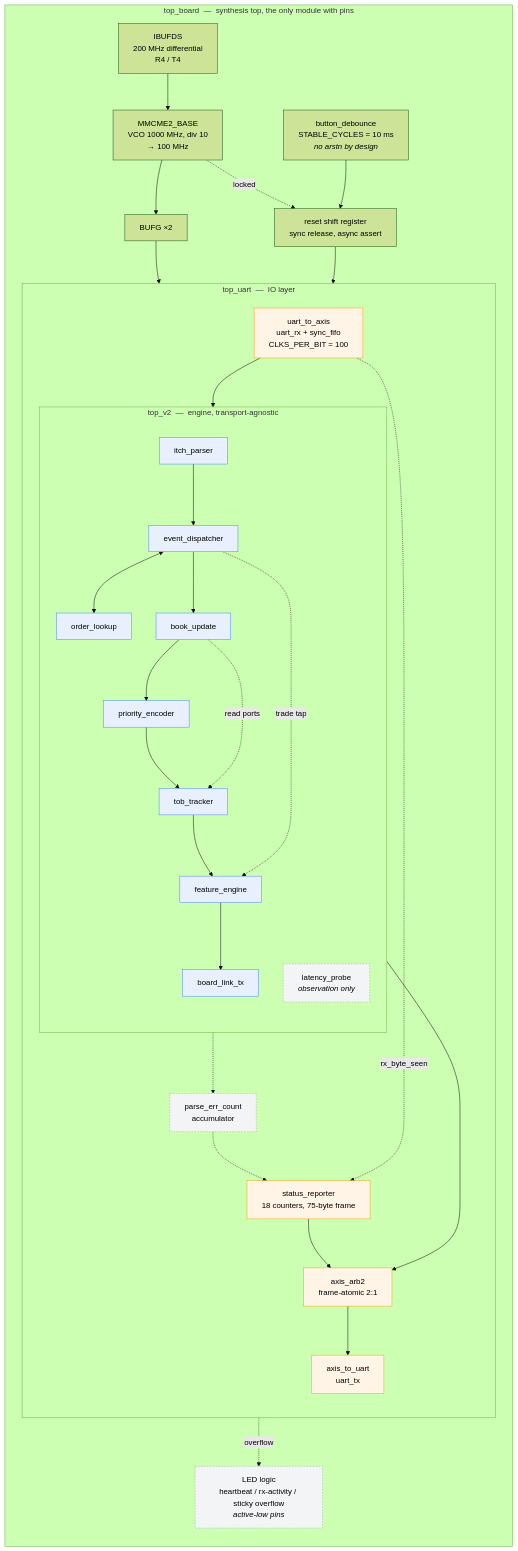
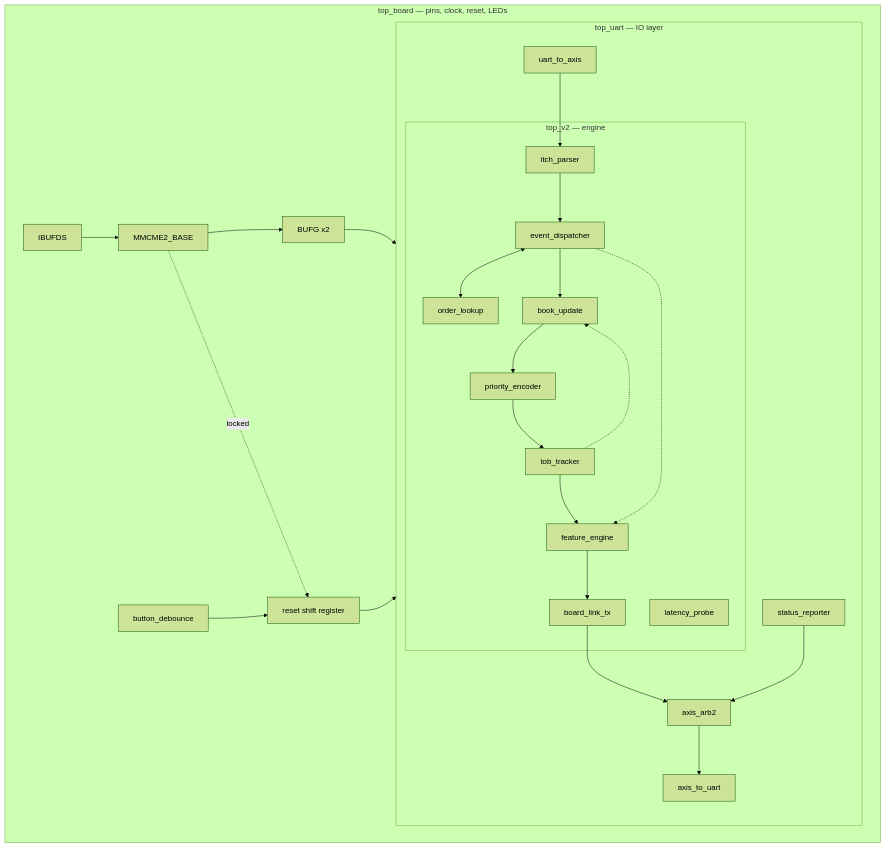
One commit to Rushmello369/fpga-feed-handler changed the first of 4 diagrams in docs/diagrams/system.md. Above: the diagram before and after it, drawn with Mermaid (forest theme). The commit also changed other lines of this file and 12 other files, not shown here.

Commit message:
add diagrams for system and module architectures

````diff
--- a/docs/diagrams/system.md
+++ b/docs/diagrams/system.md
@@ -15,62 +15,40 @@
 ```mermaid
-flowchart TB
-    subgraph BOARD["top_board &nbsp;—&nbsp; synthesis top, the only module with pins"]
-        direction TB
-        IBUF["IBUFDS<br/>200 MHz differential<br/>R4 / T4"]
-        MMCM["MMCME2_BASE<br/>VCO 1000 MHz, div 10<br/>→ 100 MHz"]
-        BUFG["BUFG ×2"]
-        DEB["button_debounce<br/>STABLE_CYCLES = 10 ms<br/><i>no arstn by design</i>"]
-        RSTSR["reset shift register<br/>sync release, async assert"]
-        LEDS["LED logic<br/>heartbeat / rx-activity / sticky overflow<br/><i>active-low pins</i>"]
-
-        subgraph UARTTOP["top_uart &nbsp;—&nbsp; IO layer"]
-            direction TB
-            U2A["uart_to_axis<br/>uart_rx + sync_fifo<br/>CLKS_PER_BIT = 100"]
-            A2U["axis_to_uart<br/>uart_tx"]
-            ARB["axis_arb2<br/>frame-atomic 2:1"]
-            STAT["status_reporter<br/>18 counters, 75-byte frame"]
-            PEC["parse_err_count<br/>accumulator"]
-
-            subgraph CORE["top_v2 &nbsp;—&nbsp; engine, transport-agnostic"]
-                direction TB
-                PARSE["itch_parser"]
-                DISP["event_dispatcher"]
-                LOOK["order_lookup"]
-                BOOK["book_update"]
-                ENC["priority_encoder"]
-                TOB["tob_tracker"]
-                FEAT["feature_engine"]
-                LINK["board_link_tx"]
-                PROBE["latency_probe<br/><i>observation only</i>"]
+flowchart TD
+    subgraph BOARD["top_board — pins, clock, reset, LEDs"]
+        IBUF[IBUFDS] --> MMCM[MMCME2_BASE] --> BUFG[BUFG x2]
+        DEB[button_debounce] --> RSTSR[reset shift register]
+        MMCM -.->|locked| RSTSR
+        subgraph UARTTOP["top_uart — IO layer"]
+            U2A[uart_to_axis]
+            ARB[axis_arb2]
+            STAT[status_reporter]
+            A2U[axis_to_uart]
+            subgraph CORE["top_v2 — engine"]
+                PARSE[itch_parser]
+                DISP[event_dispatcher]
+                LOOK[order_lookup]
+                BOOK[book_update]
+                ENC[priority_encoder]
+                TOB[tob_tracker]
+                FEAT[feature_engine]
+                LINK[board_link_tx]
+                PROBE[latency_probe]
             end
         end
     end
 
-    IBUF --> MMCM --> BUFG --> UARTTOP
-    DEB --> RSTSR --> UARTTOP
-    MMCM -.->|locked| RSTSR
-
+    BUFG --> UARTTOP
+    RSTSR --> UARTTOP
     U2A --> PARSE
     PARSE --> DISP
     DISP <--> LOOK
     DISP --> BOOK
     BOOK --> ENC --> TOB
-    BOOK -.->|read ports| TOB
+    TOB -.-> BOOK
     TOB --> FEAT
-    DISP -.->|trade tap| FEAT
+    DISP -.-> FEAT
     FEAT --> LINK
     LINK --> ARB
     STAT --> ARB
     ARB --> A2U
-    PARSE -.-> PEC
-    PEC -.-> STAT
-    U2A -.->|rx_byte_seen| STAT
-    U2A -.->|overflow| LEDS
-
-    classDef core fill:#e8f0fe,stroke:#4285f4,stroke-width:1px
-    classDef io fill:#fff4e5,stroke:#f59e0b,stroke-width:1px
-    classDef diag fill:#f3f4f6,stroke:#9ca3af,stroke-dasharray:3 3
-    class PARSE,DISP,LOOK,BOOK,ENC,TOB,FEAT,LINK core
-    class U2A,A2U,ARB,STAT io
-    class PROBE,PEC,LEDS diag
 ```
````
